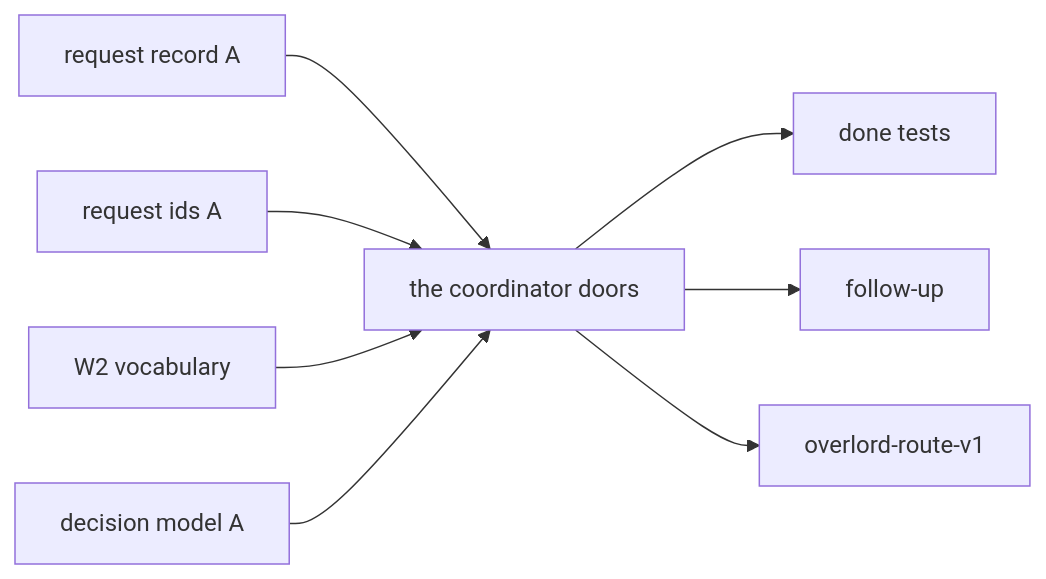
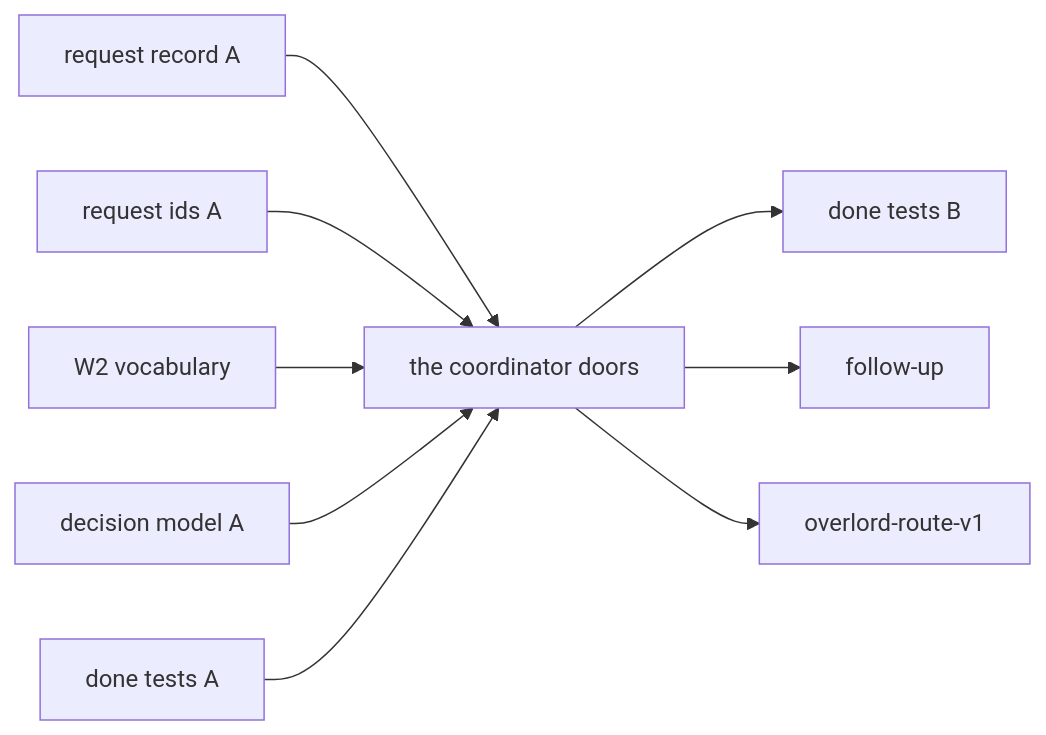
One commit to Synapsium-Labs/ccrc-pwa changed the third of 3 diagrams in docs/superpowers/plans/2026-11-16-overlord-w2/w2-coordinator-doors.md. Above: the diagram before and after it, drawn with Mermaid. The commit also changed other lines of this file and 1 other file, not shown here.

````diff
--- a/docs/superpowers/plans/2026-11-16-overlord-w2/w2-coordinator-doors.md
+++ b/docs/superpowers/plans/2026-11-16-overlord-w2/w2-coordinator-doors.md
@@ -426,10 +435,11 @@
 ```mermaid
 flowchart LR
   RQA["request record A"] --> CD["the coordinator doors"]
   RIA["request ids A"] --> CD
   VOC["W2 vocabulary"] --> CD
   DMA["decision model A"] --> CD
-  CD --> DT["done tests"]
+  DTA["done tests A"] --> CD
+  CD --> DT["done tests B"]
   CD --> FU["follow-up"]
   CD --> RV1["overlord-route-v1"]
 ```
````
